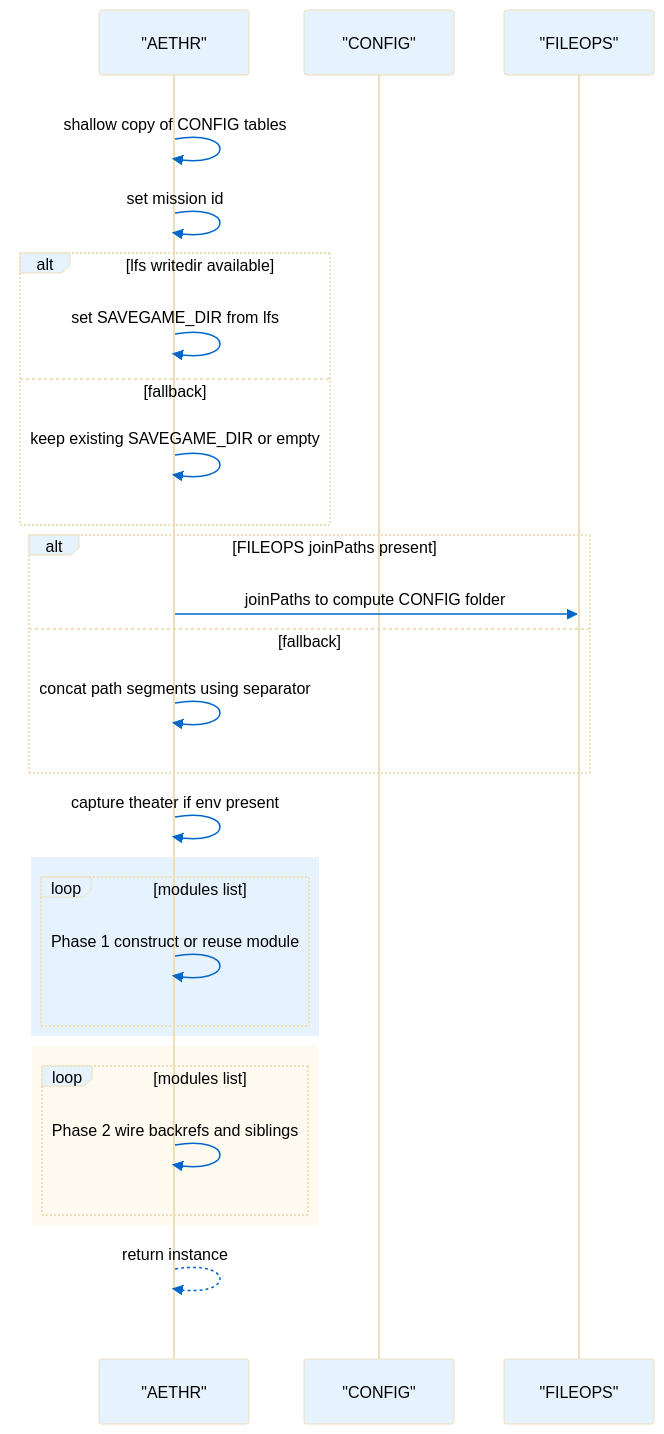
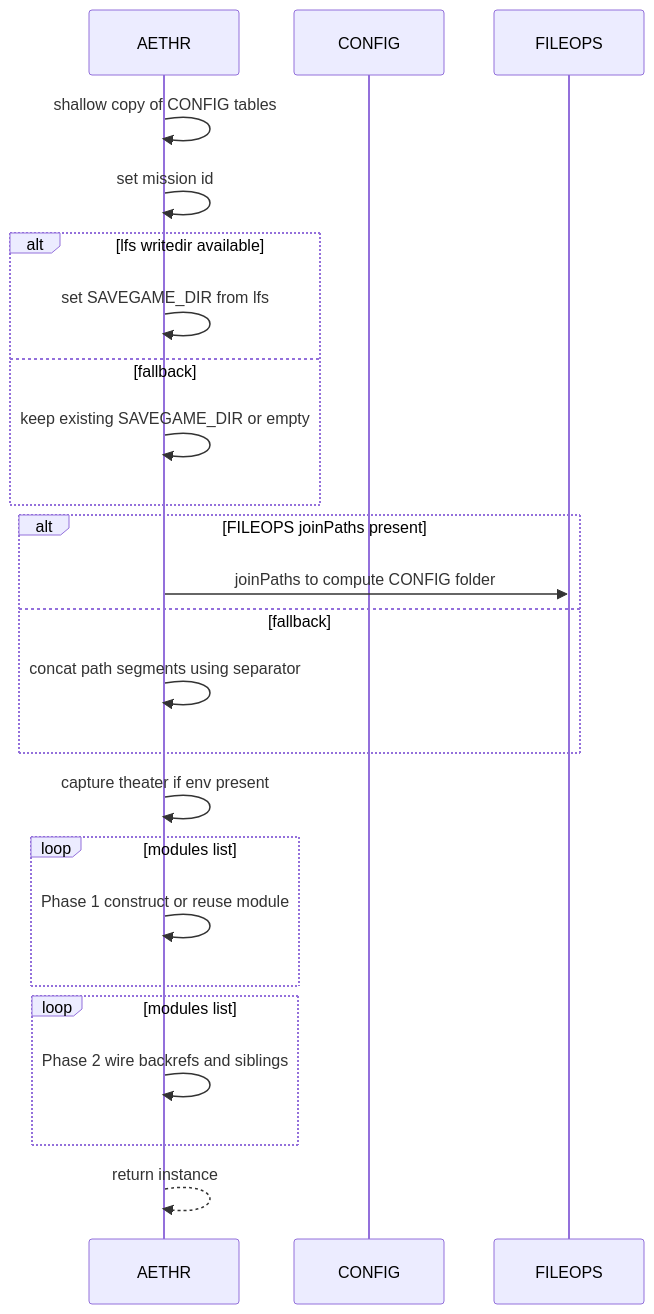
One commit to Gh0st352/AETHR changed the second of 2 diagrams in docs/aethr/instance_creation.md. Above: the diagram before and after it, drawn with Mermaid. The commit also changed other lines of this file and 20 other files, not shown here.

First line of the commit message:
docs: unify mermaid themes and clarify module graphs

````diff
--- a/docs/aethr/instance_creation.md
+++ b/docs/aethr/instance_creation.md
@@ -81,40 +59,34 @@
 ```mermaid
-%%{init: {"theme":"base","themeVariables":{"actorBkg":"#e6f3ff","actorTextColor":"#000000ff","lineColor":"#495057","signalColor":"#0066cc","signalTextColor":"#000000ff","textColor":"#e9ecef","fontSize":"14px"}}}%%
+%% shared theme: docs/_mermaid/theme.json %%
 sequenceDiagram
-  rect rgba(255,255,255,0.75)
-    participant A as "AETHR"
-    participant C as "CONFIG"
-    participant F as "FILEOPS"
+  participant A as AETHR
+  participant C as CONFIG
+  participant F as FILEOPS
 
-    A->>A: shallow copy of CONFIG tables
-    A->>A: set mission id
+  A->>A: shallow copy of CONFIG tables
+  A->>A: set mission id
 
-    alt lfs writedir available
-      A->>A: set SAVEGAME_DIR from lfs
-    else fallback
-      A->>A: keep existing SAVEGAME_DIR or empty
-    end
+  alt lfs writedir available
+    A->>A: set SAVEGAME_DIR from lfs
+  else fallback
+    A->>A: keep existing SAVEGAME_DIR or empty
+  end
 
-    alt FILEOPS joinPaths present
-      A->>F: joinPaths to compute CONFIG folder
-    else fallback
-      A->>A: concat path segments using separator
-    end
+  alt FILEOPS joinPaths present
+    A->>F: joinPaths to compute CONFIG folder
+  else fallback
+    A->>A: concat path segments using separator
+  end
 
-    A->>A: capture theater if env present
+  A->>A: capture theater if env present
 
-    rect rgb(230,243,255)
-      loop modules list
-        A->>A: Phase 1 construct or reuse module
-      end
-    end
+  loop modules list
+    A->>A: Phase 1 construct or reuse module
+  end
 
-    rect rgb(255,250,240)
-      loop modules list
-        A->>A: Phase 2 wire backrefs and siblings
-      end
-    end
+  loop modules list
+    A->>A: Phase 2 wire backrefs and siblings
+  end
 
-    A-->>A: return instance
-  end
+  A-->>A: return instance
 ```
````
